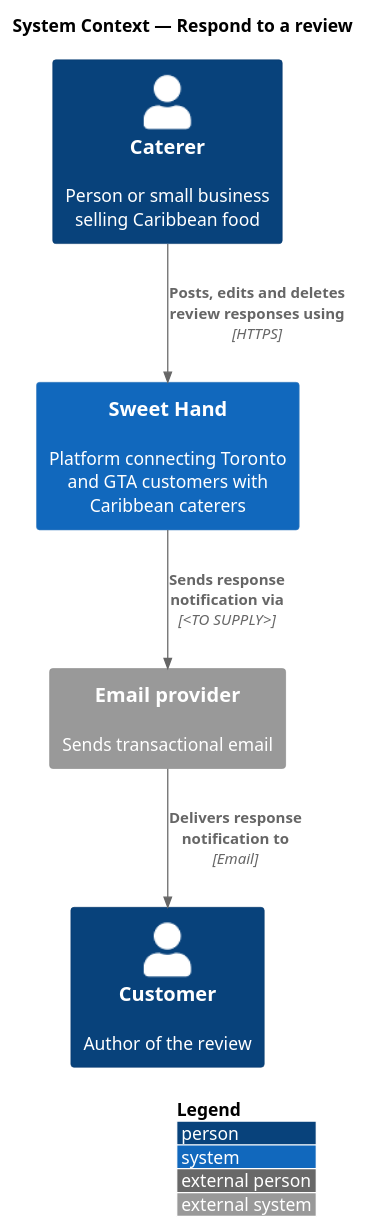
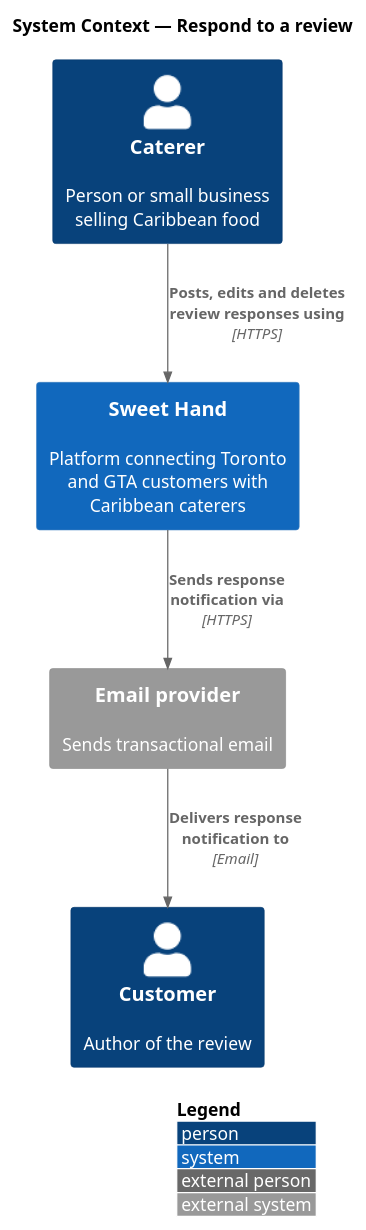
One commit to QuinntyneBrown/sweet-hand changed the diagram in docs/detailed-designs/reviews/respond-to-review/diagrams/c4-context.puml. Above: the diagram before and after it, drawn with PlantUML. The commit also changed 21 other files, not shown here.

```diff
--- a/docs/detailed-designs/reviews/respond-to-review/diagrams/c4-context.puml
+++ b/docs/detailed-designs/reviews/respond-to-review/diagrams/c4-context.puml
@@ -1,14 +1,14 @@
 @startuml
 !include <C4/C4_Context>
 LAYOUT_WITH_LEGEND()
 title System Context — Respond to a review
 
 Person(caterer, "Caterer", "Person or small business selling Caribbean food")
 Person(customer, "Customer", "Author of the review")
 System(sweethand, "Sweet Hand", "Platform connecting Toronto and GTA customers with Caribbean caterers")
 System_Ext(email, "Email provider", "Sends transactional email")
 
 Rel(caterer, sweethand, "Posts, edits and deletes review responses using", "HTTPS")
-Rel(sweethand, email, "Sends response notification via", "<TO SUPPLY>")
+Rel(sweethand, email, "Sends response notification via", "HTTPS")
 Rel(email, customer, "Delivers response notification to", "Email")
 @enduml
```
